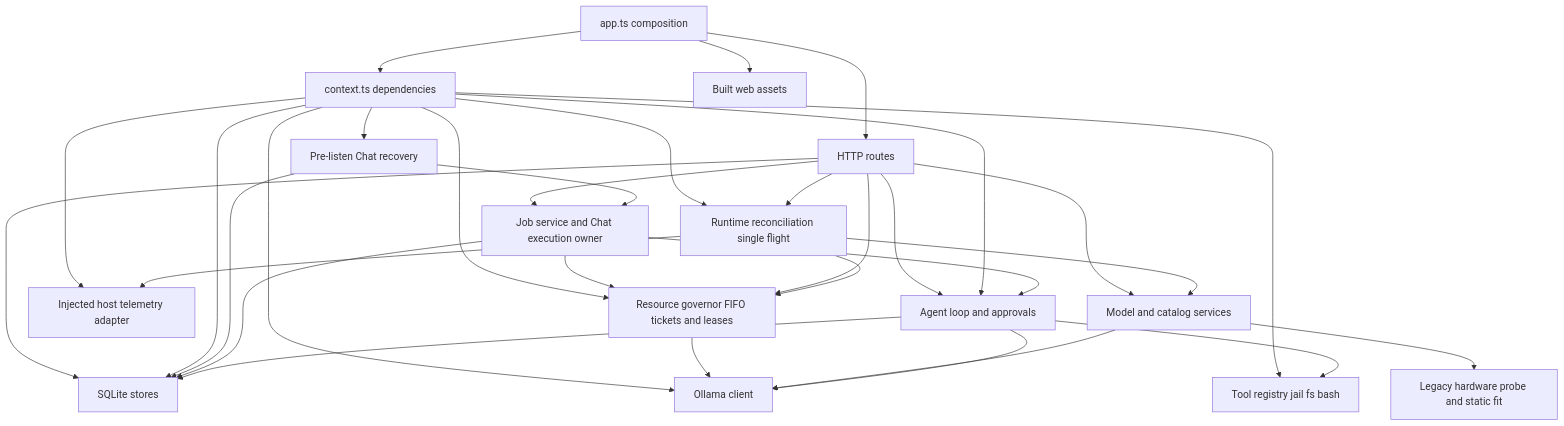
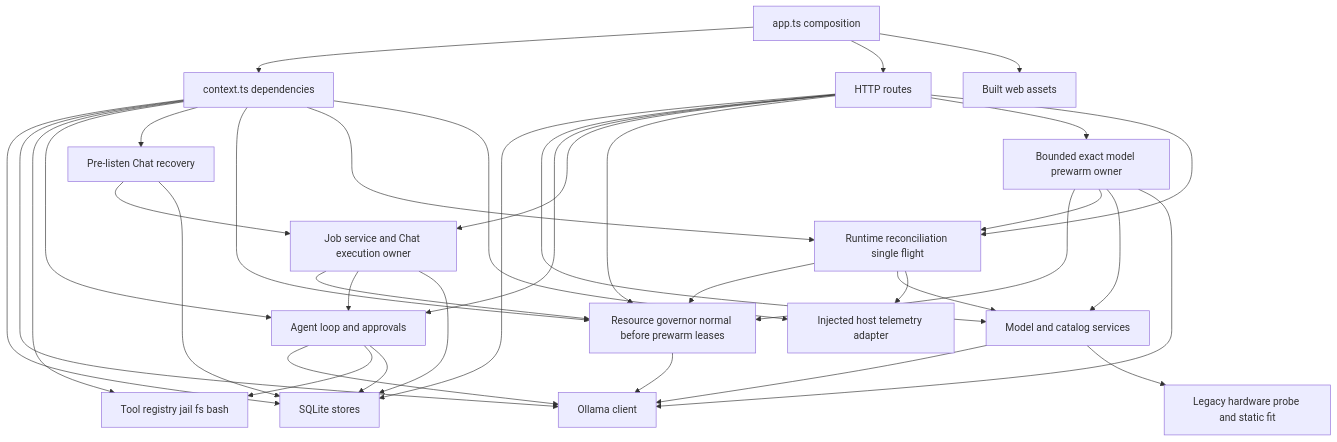
The diagram in docs/architecture/diagrams/lld-server.mmd (MattoYuzuru/Guanxi), drawn with Mermaid before and after one commit. The commit also changed 9 other files, not shown here.

```diff
--- a/docs/architecture/diagrams/lld-server.mmd
+++ b/docs/architecture/diagrams/lld-server.mmd
@@ -1,48 +1,54 @@
 flowchart TB
     App[app.ts composition]
     Context[context.ts dependencies]
     Routes[HTTP routes]
     Stores[SQLite stores]
     Models[Model and catalog services]
     Hardware[Legacy hardware probe and static fit]
     Telemetry[Injected host telemetry adapter]
     Agent[Agent loop and approvals]
     Jobs[Job service and Chat execution owner]
     Recovery[Pre-listen Chat recovery]
-    Governor[Resource governor FIFO tickets and leases]
+    Governor[Resource governor normal before prewarm leases]
+    Prewarm[Bounded exact model prewarm owner]
     Runtime[Runtime reconciliation single flight]
     Tools[Tool registry jail fs bash]
     Ollama[Ollama client]
     Static[Built web assets]
 
     App --> Context
     App --> Routes
     App --> Static
     Routes --> Stores
     Routes --> Models
     Routes --> Agent
     Routes --> Jobs
     Context --> Stores
     Context --> Ollama
     Context --> Tools
     Context --> Agent
     Context --> Recovery
     Context --> Governor
     Context --> Runtime
     Context --> Telemetry
     Recovery --> Jobs
     Recovery --> Stores
     Jobs --> Governor
     Routes --> Governor
+    Routes --> Prewarm
     Routes --> Runtime
     Runtime --> Governor
     Runtime --> Models
     Runtime --> Telemetry
+    Prewarm --> Governor
+    Prewarm --> Runtime
+    Prewarm --> Models
+    Prewarm --> Ollama
     Governor --> Ollama
     Jobs --> Agent
     Jobs --> Stores
     Models --> Ollama
     Models --> Hardware
     Agent --> Ollama
     Agent --> Tools
     Agent --> Stores
```
